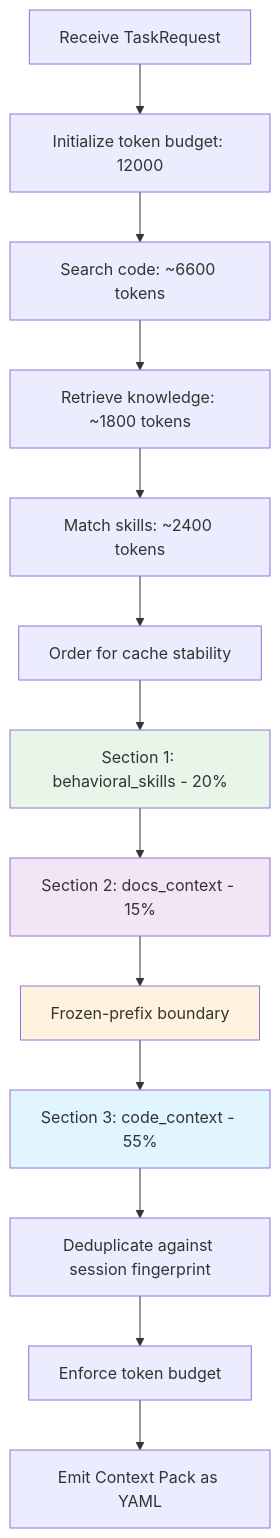
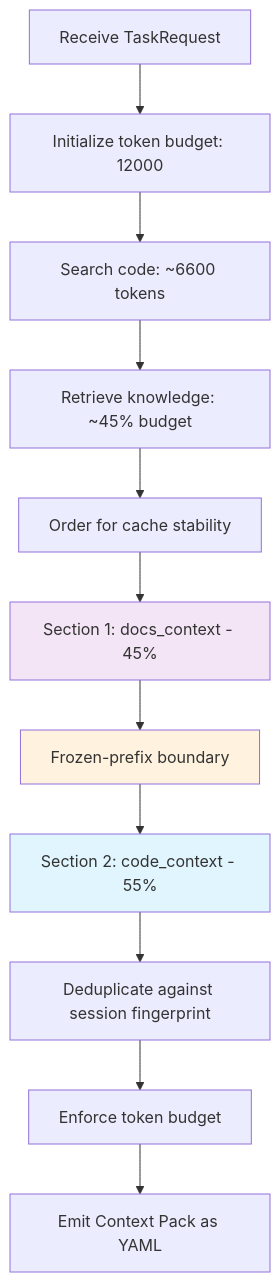
The fifth of 9 diagrams in docs/01-architecture/DATA_FLOW.md (leonortega/coderun), drawn with Mermaid before and after one commit. The commit also changed other lines of this file and 260 other files, not shown here.

First line of the commit message:
feat: Add AI Runtime V1 Specification and update roadmap

````diff
--- a/docs/01-architecture/DATA_FLOW.md
+++ b/docs/01-architecture/DATA_FLOW.md
@@ -292,22 +245,19 @@
 ```mermaid
 flowchart TD
     A[Receive TaskRequest] --> B[Initialize token budget: 12000]
     B --> C[Search code: ~6600 tokens]
-    C --> D[Retrieve knowledge: ~1800 tokens]
-    D --> E[Match skills: ~2400 tokens]
-    E --> F[Order for cache stability]
+    C --> D[Retrieve knowledge: ~45% budget]
+    D --> E[Order for cache stability]
 
-    F --> G[Section 1: behavioral_skills - 20%]
-    G --> H[Section 2: docs_context - 15%]
-    H --> I[Frozen-prefix boundary]
-    I --> J[Section 3: code_context - 55%]
+    E --> F[Section 1: docs_context - 45%]
+    F --> G[Frozen-prefix boundary]
+    G --> H[Section 2: code_context - 55%]
 
-    J --> K[Deduplicate against session fingerprint]
-    K --> L[Enforce token budget]
-    L --> M[Emit Context Pack as YAML]
+    H --> I[Deduplicate against session fingerprint]
+    I --> J[Enforce token budget]
+    J --> K[Emit Context Pack as YAML]
 
-    style G fill:#e8f5e9
-    style H fill:#f3e5f5
-    style I fill:#fff3e0
-    style J fill:#e1f5fe
+    style F fill:#f3e5f5
+    style G fill:#fff3e0
+    style H fill:#e1f5fe
 ```
````
